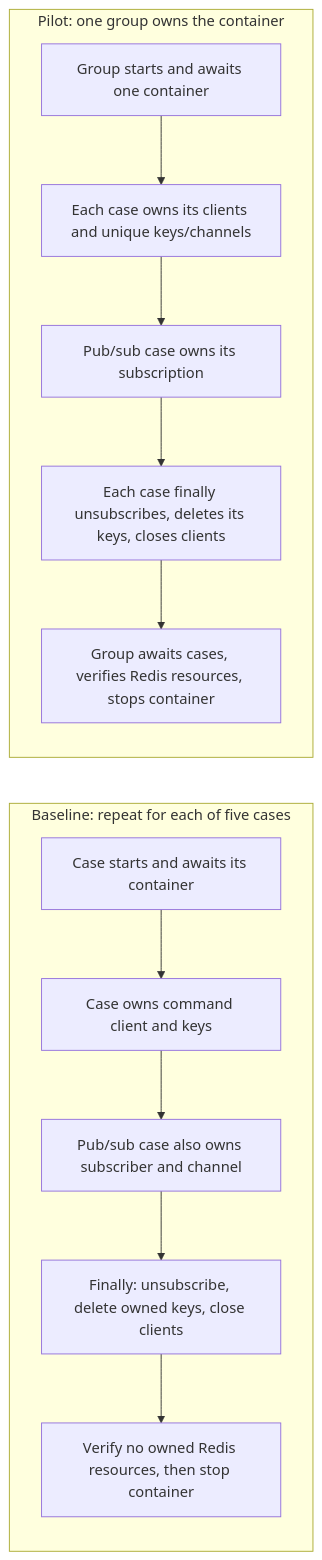
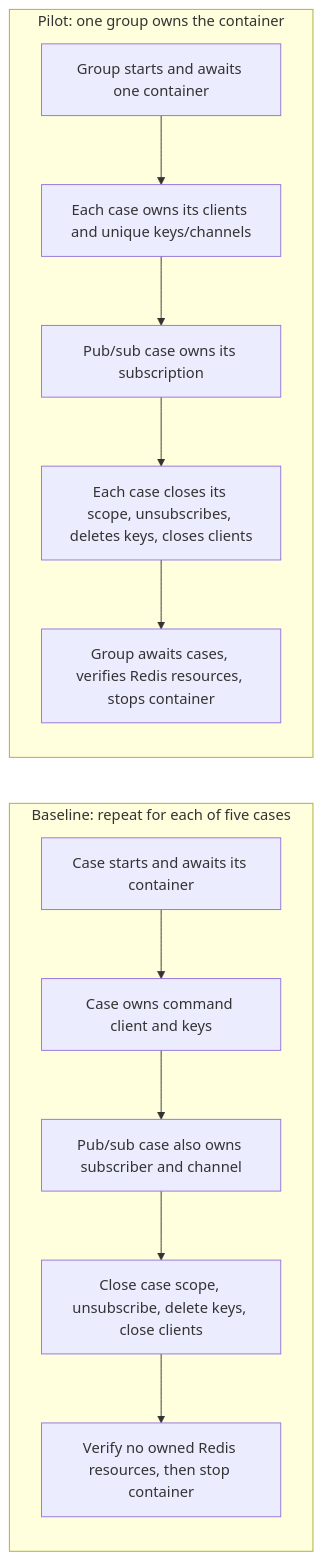
The diagram in packages/test-utils/prototype-redis/README.md (rafaeltab/wallpaperdb), drawn with Mermaid before and after one commit. The commit also changed other lines of this file and 3 other files, not shown here.

````diff
--- a/packages/test-utils/prototype-redis/README.md
+++ b/packages/test-utils/prototype-redis/README.md
@@ -32,21 +32,21 @@
 ```mermaid
 flowchart LR
   subgraph baseline[Baseline: repeat for each of five cases]
     direction TB
     B1[Case starts and awaits its container]
     B2[Case owns command client and keys]
     B3[Pub/sub case also owns subscriber and channel]
-    B4[Finally: unsubscribe, delete owned keys, close clients]
+    B4[Close case scope, unsubscribe, delete keys, close clients]
     B5[Verify no owned Redis resources, then stop container]
     B1 --> B2 --> B3 --> B4 --> B5
   end
   subgraph pilot[Pilot: one group owns the container]
     direction TB
     P1[Group starts and awaits one container]
     P2[Each case owns its clients and unique keys/channels]
     P3[Pub/sub case owns its subscription]
-    P4[Each case finally unsubscribes, deletes its keys, closes clients]
+    P4[Each case closes its scope, unsubscribes, deletes keys, closes clients]
     P5[Group awaits cases, verifies Redis resources, stops container]
     P1 --> P2 --> P3 --> P4 --> P5
   end
 ```
````
